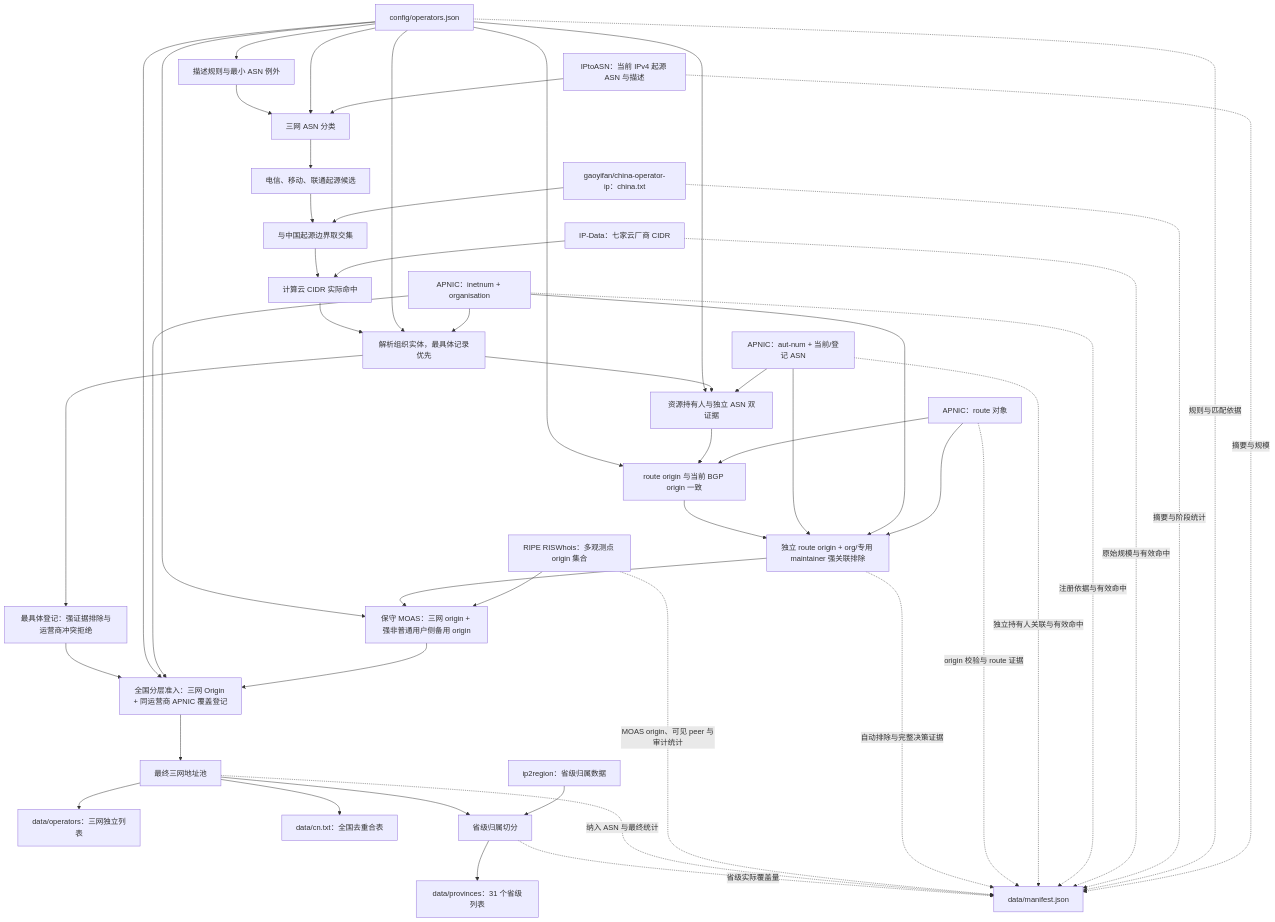
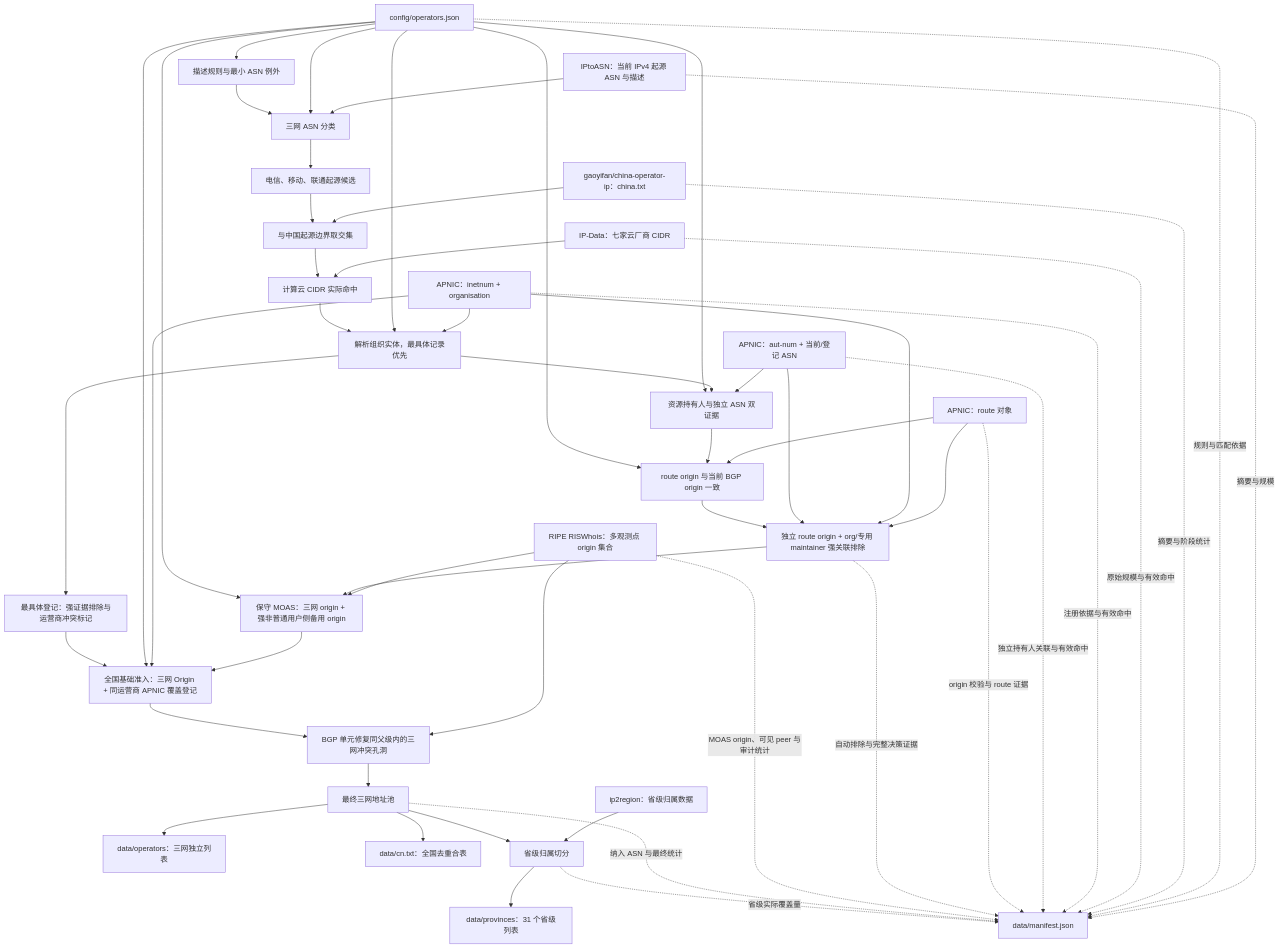
One commit to closur3/cn-eyeball-prefixes changed the diagram in README.md. Above: the diagram before and after it, drawn with Mermaid. The commit also changed other lines of this file and 3 other files, not shown here.

````diff
--- a/README.md
+++ b/README.md
@@ -11,55 +11,57 @@
 ```mermaid
 flowchart TD
     A["IPtoASN：当前 IPv4 起源 ASN 与描述"] --> B["三网 ASN 分类"]
     C["config/operators.json"] --> B
     C --> D["描述规则与最小 ASN 例外"]
     D --> B
     B --> E["电信、移动、联通起源候选"]
 
     F["gaoyifan/china-operator-ip：china.txt"] --> G["与中国起源边界取交集"]
     E --> G
 
     H["IP-Data：七家云厂商 CIDR"] --> I["计算云 CIDR 实际命中"]
     G --> I
     Q["APNIC：inetnum + organisation"] --> R["解析组织实体，最具体记录优先"]
     C --> R
     I --> R
     W["APNIC：aut-num + 当前/登记 ASN"] --> X["资源持有人与独立 ASN 双证据"]
     R --> X
     C --> X
     S["APNIC：route 对象"] --> T["route origin 与当前 BGP origin 一致"]
     X --> T
     C --> T
     S --> Y["独立 route origin + org/专用 maintainer 强关联排除"]
     Q --> Y
     W --> Y
     U["RIPE RISWhois：多观测点 origin 集合"] --> V["保守 MOAS：三网 origin + 强非普通用户侧备用 origin"]
     T --> Y
     Y --> V
     C --> V
-    V --> AA["全国分层准入：三网 Origin + 同运营商 APNIC 覆盖登记"]
+    V --> AA["全国基础准入：三网 Origin + 同运营商 APNIC 覆盖登记"]
     Q --> AA
     C --> AA
-    R --> AB["最具体登记：强证据排除与运营商冲突拒绝"]
+    R --> AB["最具体登记：强证据排除与运营商冲突标记"]
     AB --> AA
-    AA --> J["最终三网地址池"]
+    U --> AC["BGP 单元修复同父级内的三网冲突孔洞"]
+    AA --> AC
+    AC --> J["最终三网地址池"]
 
     J --> K["data/operators：三网独立列表"]
     J --> L["data/cn.txt：全国去重合表"]
 
     M["ip2region：省级归属数据"] --> N["省级归属切分"]
     J --> N
     N --> O["data/provinces：31 个省级列表"]
 
     A -. "摘要与规模" .-> P["data/manifest.json"]
     C -. "规则与匹配依据" .-> P
     F -. "摘要与阶段统计" .-> P
     H -. "原始规模与有效命中" .-> P
     Q -. "注册依据与有效命中" .-> P
     W -. "独立持有人关联与有效命中" .-> P
     S -. "origin 校验与 route 证据" .-> P
     Y -. "自动排除与完整决策证据" .-> P
     U -. "MOAS origin、可见 peer 与审计统计" .-> P
     J -. "纳入 ASN 与最终统计" .-> P
     N -. "省级实际覆盖量" .-> P
 ```
````
